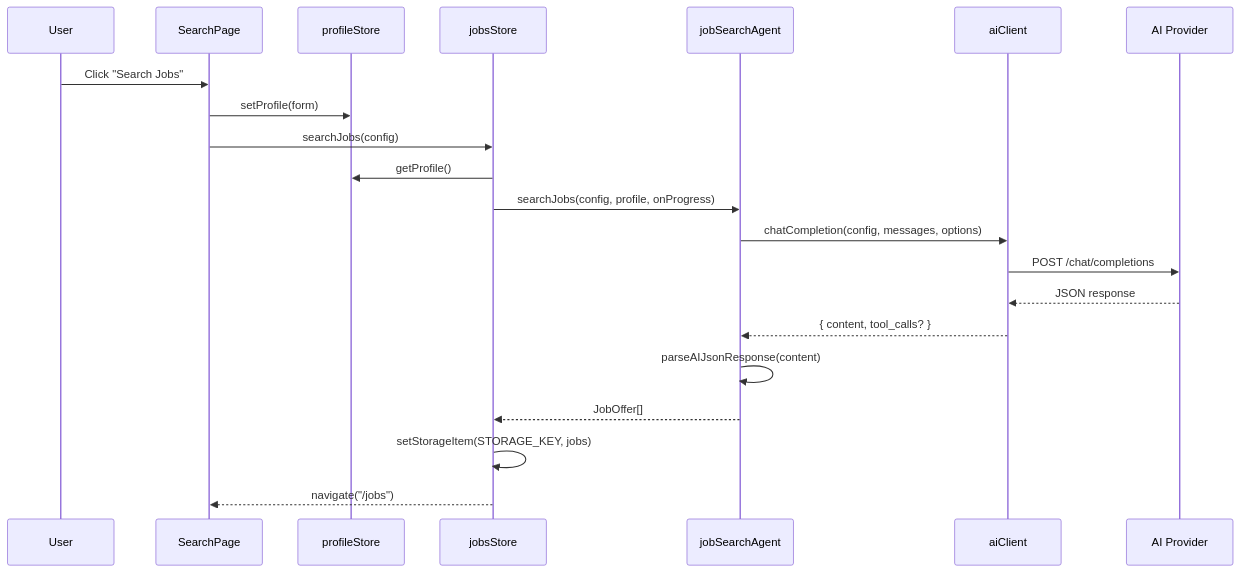
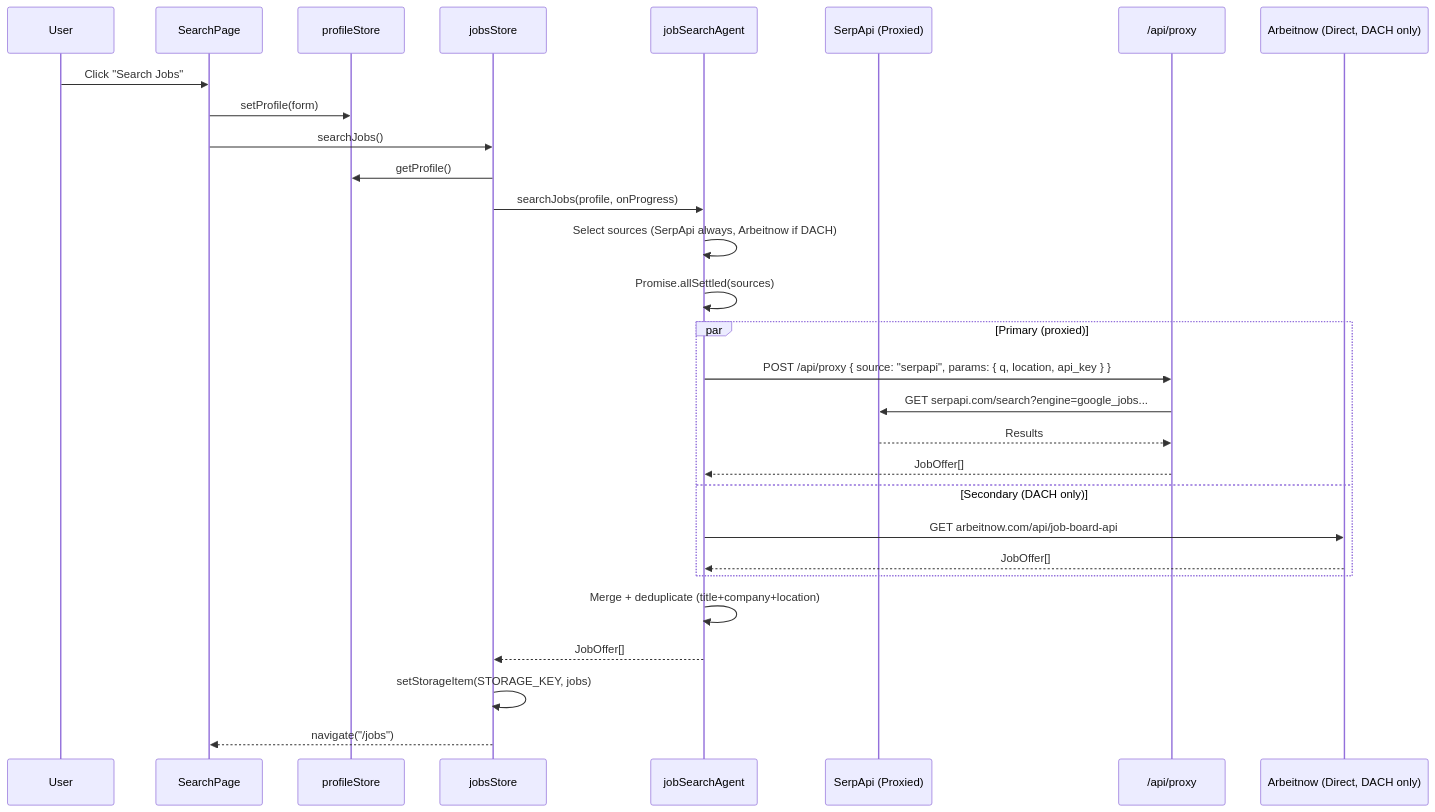
The second of 4 diagrams in DESIGN.md (dahch/jobmatch), drawn with Mermaid before and after one commit. The commit also changed other lines of this file and 5 other files, not shown here.

First line of the commit message:
docs: document real job data sources and shared proxy architecture

````diff
--- a/DESIGN.md
+++ b/DESIGN.md
@@ -173,24 +183,32 @@
 ```mermaid
 sequenceDiagram
     participant U as User
     participant SP as SearchPage
     participant PS as profileStore
     participant JS as jobsStore
     participant JA as jobSearchAgent
-    participant AC as aiClient
-    participant AI as AI Provider
+    participant SPAPI as SerpApi (Proxied)
+    participant PX as /api/proxy
+    participant AW as Arbeitnow (Direct, DACH only)
 
     U->>SP: Click "Search Jobs"
     SP->>PS: setProfile(form)
-    SP->>JS: searchJobs(config)
+    SP->>JS: searchJobs()
     JS->>PS: getProfile()
-    JS->>JA: searchJobs(config, profile, onProgress)
-    JA->>AC: chatCompletion(config, messages, options)
-    AC->>AI: POST /chat/completions
-    AI-->>AC: JSON response
-    AC-->>JA: { content, tool_calls? }
-    JA->>JA: parseAIJsonResponse(content)
+    JS->>JA: searchJobs(profile, onProgress)
+    JA->>JA: Select sources (SerpApi always, Arbeitnow if DACH)
+    JA->>JA: Promise.allSettled(sources)
+    par Primary (proxied)
+        JA->>PX: POST /api/proxy { source: "serpapi", params: { q, location, api_key } }
+        PX->>SPAPI: GET serpapi.com/search?engine=google_jobs...
+        SPAPI-->>PX: Results
+        PX-->>JA: JobOffer[]
+    and Secondary (DACH only)
+        JA->>AW: GET arbeitnow.com/api/job-board-api
+        AW-->>JA: JobOffer[]
+    end
+    JA->>JA: Merge + deduplicate (title+company+location)
     JA-->>JS: JobOffer[]
     JS->>JS: setStorageItem(STORAGE_KEY, jobs)
     JS-->>SP: navigate("/jobs")
 ```
````
